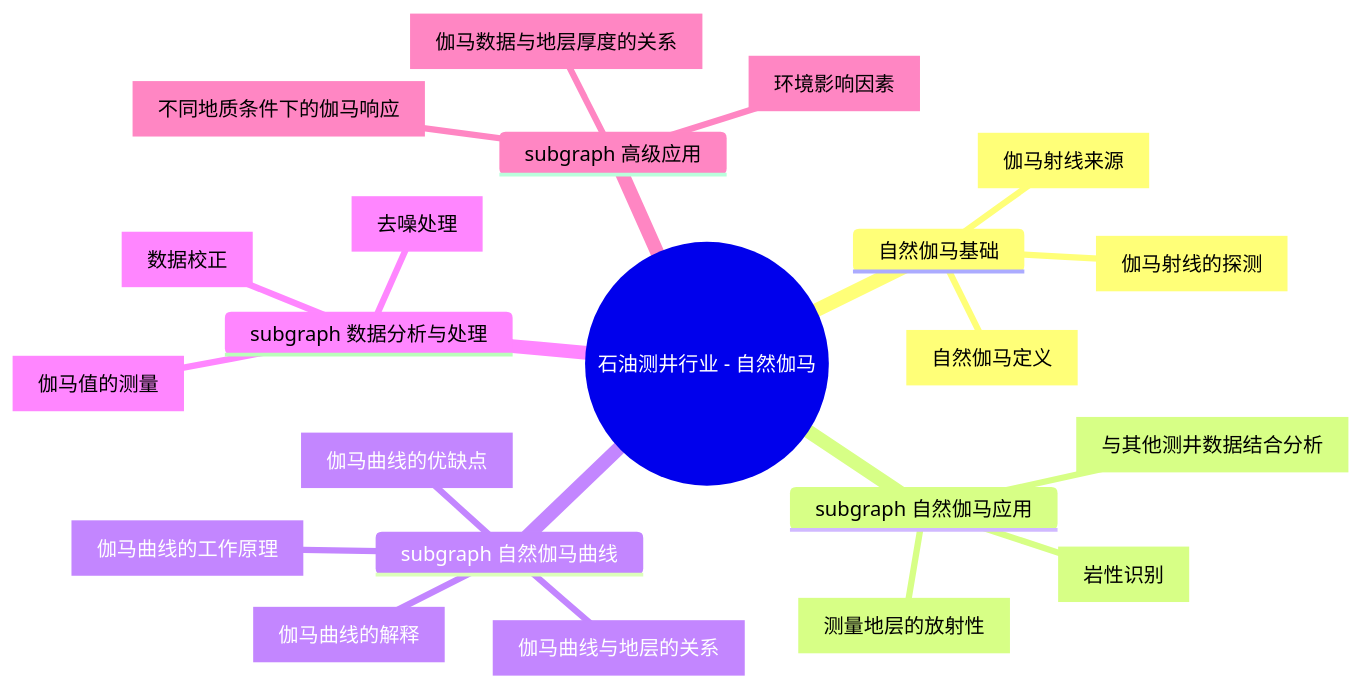
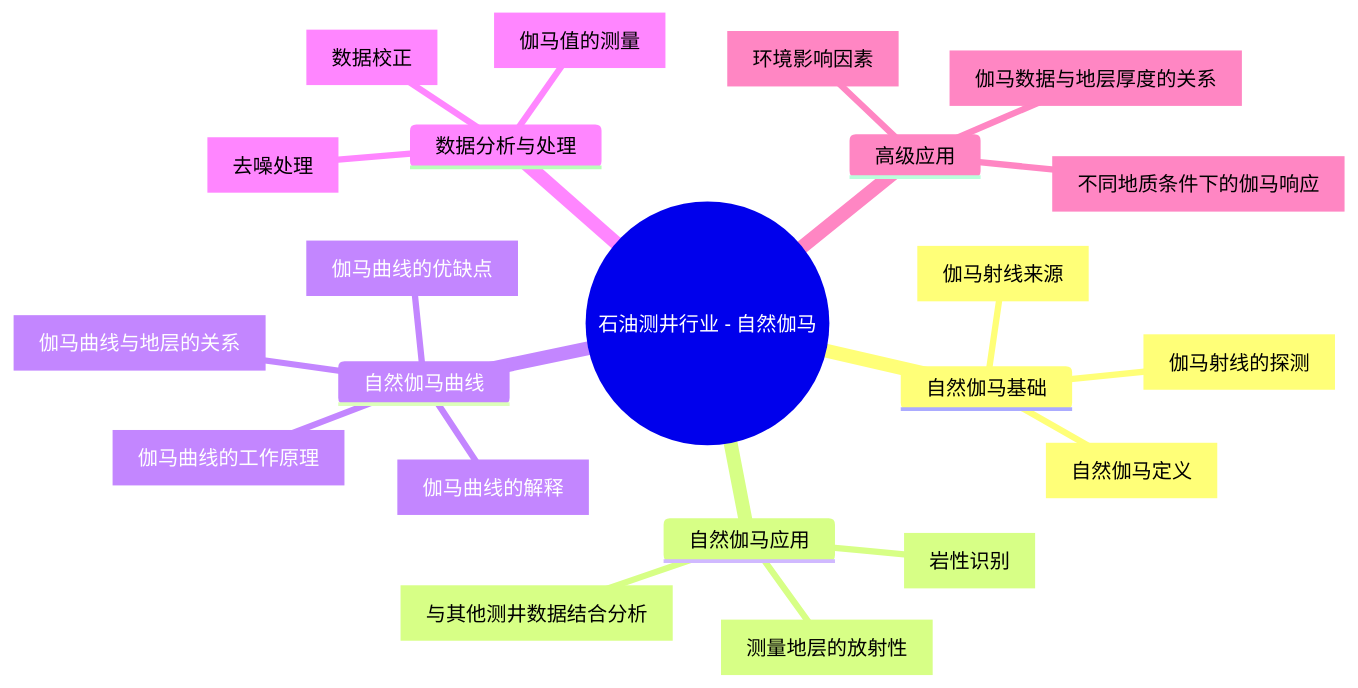
Before and after one commit to RNGMARTIN/iodraw-files: the diagram in all/未命名-1.md, drawn with Mermaid.

Commit message:
2025-02-24 11:04:18 update

````diff
--- a/all/未命名-1.md
+++ b/all/未命名-1.md
@@ -1,26 +1,26 @@
 ```mermaid
 mindmap
   root((石油测井行业 - 自然伽马))
     自然伽马基础
       A[自然伽马定义]
       B[伽马射线来源]
       C[伽马射线的探测]
-    subgraph 自然伽马应用
+    自然伽马应用
       D[岩性识别]
       E[测量地层的放射性]
       F[与其他测井数据结合分析]
-    subgraph 自然伽马曲线
+    自然伽马曲线
       G[伽马曲线的工作原理]
       H[伽马曲线的解释]
       I[伽马曲线与地层的关系]
       J[伽马曲线的优缺点]
-    subgraph 数据分析与处理
+    数据分析与处理
       K[伽马值的测量]
       L[去噪处理]
       M[数据校正]
-    subgraph 高级应用
+    高级应用
       N[环境影响因素]
       O[不同地质条件下的伽马响应]
       P[伽马数据与地层厚度的关系]
 
 ```
````
